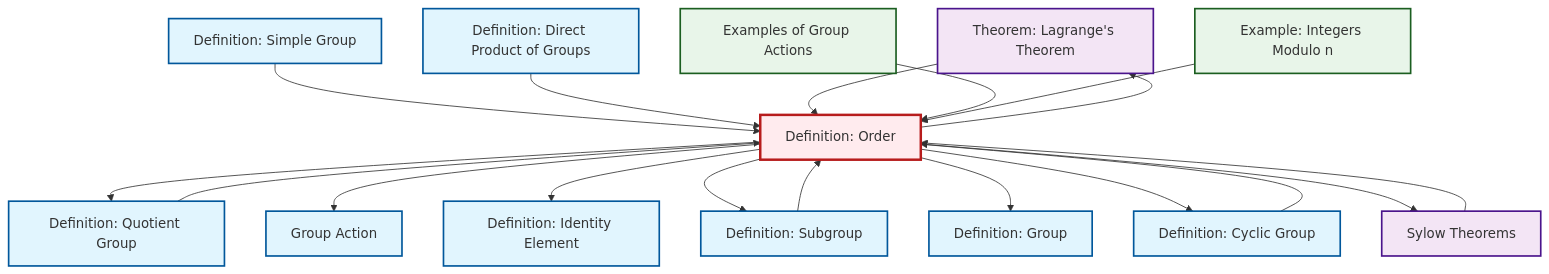
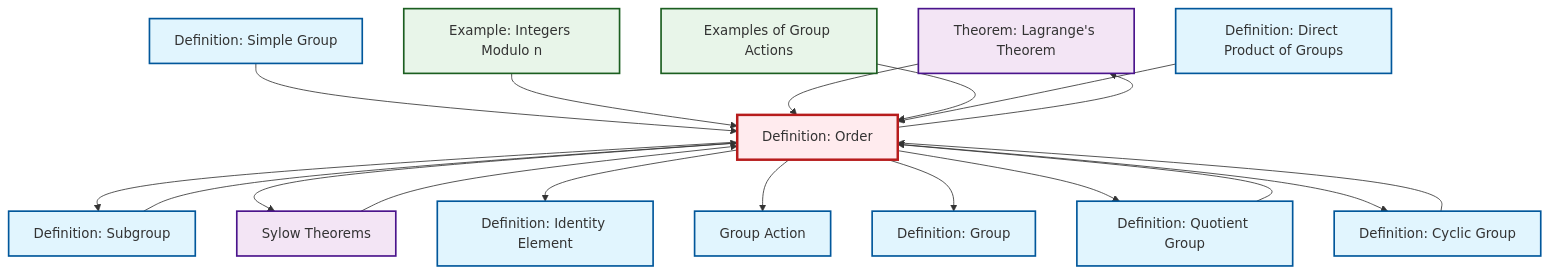
One commit to RK0429/ModernMath changed the diagram in content/en/algebra/def-order.qmd. Above: the diagram before and after it, drawn with Mermaid. The commit also changed other lines of this file and 634 other files, not shown here.

````diff
--- a/content/en/algebra/def-order.qmd
+++ b/content/en/algebra/def-order.qmd
@@ -80,52 +80,52 @@
 ```{mermaid}
 %%| fig-cap: "Local dependency graph"
 graph TD
     classDef definition fill:#e1f5fe,stroke:#01579b,stroke-width:2px
     classDef theorem fill:#f3e5f5,stroke:#4a148c,stroke-width:2px
     classDef axiom fill:#fff3e0,stroke:#e65100,stroke-width:2px
     classDef example fill:#e8f5e9,stroke:#1b5e20,stroke-width:2px
     classDef current fill:#ffebee,stroke:#b71c1c,stroke-width:3px
+    def-group["Definition: Group"]:::definition
     thm-lagrange["Theorem: Lagrange's Theorem"]:::theorem
-    def-group["Definition: Group"]:::definition
+    def-simple-group["Definition: Simple Group"]:::definition
+    def-quotient-group["Definition: Quotient Group"]:::definition
     def-cyclic-group["Definition: Cyclic Group"]:::definition
-    def-simple-group["Definition: Simple Group"]:::definition
     def-subgroup["Definition: Subgroup"]:::definition
-    def-quotient-group["Definition: Quotient Group"]:::definition
+    thm-sylow["Sylow Theorems"]:::theorem
+    def-direct-product["Definition: Direct Product of Groups"]:::definition
+    def-order["Definition: Order"]:::definition
     ex-quotient-integers-mod-n["Example: Integers Modulo n"]:::example
     def-group-action["Group Action"]:::definition
-    thm-sylow["Sylow Theorems"]:::theorem
-    def-order["Definition: Order"]:::definition
+    def-identity-element["Definition: Identity Element"]:::definition
     ex-group-action-examples["Examples of Group Actions"]:::example
-    def-identity-element["Definition: Identity Element"]:::definition
-    def-direct-product["Definition: Direct Product of Groups"]:::definition
     def-simple-group --> def-order
+    ex-quotient-integers-mod-n --> def-order
+    def-order --> def-subgroup
+    def-order --> thm-sylow
+    def-subgroup --> def-order
     def-quotient-group --> def-order
+    thm-lagrange --> def-order
+    def-order --> thm-lagrange
+    def-order --> def-identity-element
+    def-order --> def-group-action
+    ex-group-action-examples --> def-order
+    def-cyclic-group --> def-order
+    def-order --> def-group
+    def-direct-product --> def-order
     def-order --> def-quotient-group
-    def-order --> def-group-action
     thm-sylow --> def-order
-    def-order --> thm-lagrange
-    def-cyclic-group --> def-order
-    def-order --> def-identity-element
-    def-order --> def-subgroup
-    def-direct-product --> def-order
-    thm-lagrange --> def-order
-    def-order --> def-group
-    ex-group-action-examples --> def-order
     def-order --> def-cyclic-group
-    ex-quotient-integers-mod-n --> def-order
-    def-subgroup --> def-order
-    def-order --> thm-sylow
     class def-order current
+    click def-group "def-group.html" "Go to Group definition"
     click thm-lagrange "thm-lagrange.html" "Go to Lagrange's Theorem theorem"
-    click def-group "def-group.html" "Go to Group definition"
+    click def-simple-group "def-simple-group.html" "Go to Simple Group definition"
+    click def-quotient-group "def-quotient-group.html" "Go to Quotient Group definition"
     click def-cyclic-group "def-cyclic-group.html" "Go to Cyclic Group definition"
-    click def-simple-group "def-simple-group.html" "Go to Simple Group definition"
     click def-subgroup "def-subgroup.html" "Go to Subgroup definition"
-    click def-quotient-group "def-quotient-group.html" "Go to Quotient Group definition"
+    click thm-sylow "thm-sylow.html" "Go to Sylow Theorems"
+    click def-direct-product "def-direct-product.html" "Go to Direct Product of Groups definition"
     click ex-quotient-integers-mod-n "ex-quotient-integers-mod-n.html" "Go to Integers Modulo n example"
     click def-group-action "def-group-action.html" "Go to Group Action"
-    click thm-sylow "thm-sylow.html" "Go to Sylow Theorems"
+    click def-identity-element "def-identity-element.html" "Go to Identity Element definition"
     click ex-group-action-examples "ex-group-action-examples.html" "Go to Examples of Group Actions"
-    click def-identity-element "def-identity-element.html" "Go to Identity Element definition"
-    click def-direct-product "def-direct-product.html" "Go to Direct Product of Groups definition"
 ```
````
